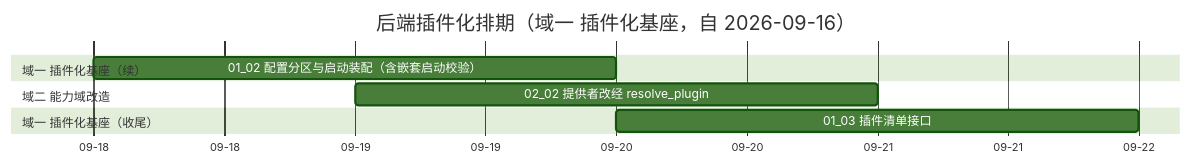
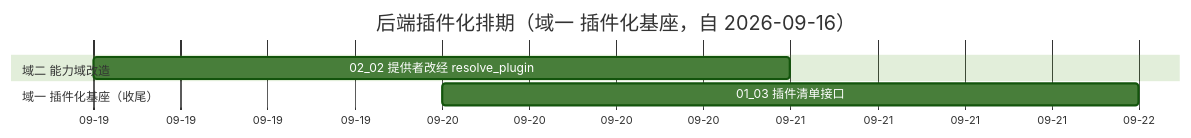
The diagram in bms文档/项目/03_后端插件化/计划/01_计划_后端插件化.md (minjian123/basic-management-system), drawn with Mermaid (forest theme) before and after one commit. The commit also changed other lines of this file and 14 other files, not shown here.

````diff
--- a/bms文档/项目/03_后端插件化/计划/01_计划_后端插件化.md
+++ b/bms文档/项目/03_后端插件化/计划/01_计划_后端插件化.md
@@ -36,12 +36,10 @@
 ```mermaid
 gantt
     title 后端插件化排期（域一 插件化基座，自 2026-09-16）
     dateFormat  YYYY-MM-DD
     axisFormat %m-%d
-    section 域一 插件化基座（续）
-    01_02 配置分区与启动装配（含嵌套启动校验） :t0102, 2026-09-18, 2d
     section 域二 能力域改造
     02_02 提供者改经 resolve_plugin :t0202, 2026-09-19, 2d
     section 域一 插件化基座（收尾）
     01_03 插件清单接口 :t0103, 2026-09-20, 2d
 ```
````
